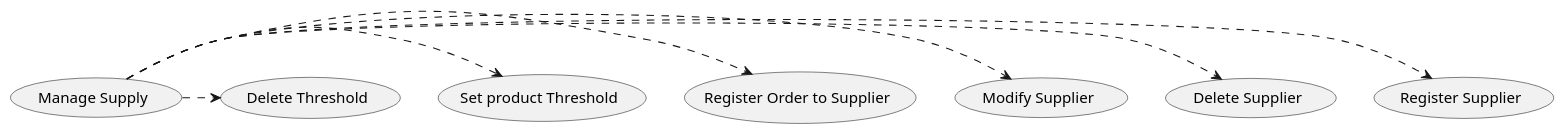
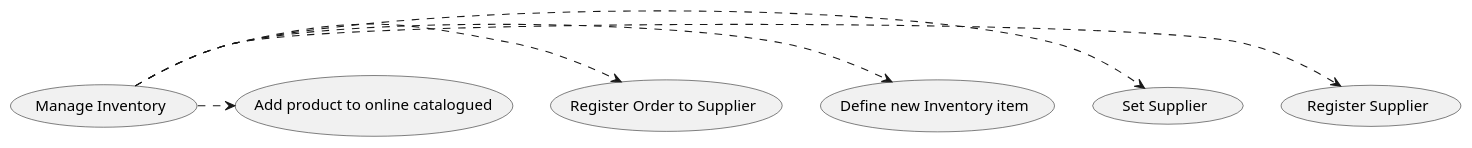
One commit to paolotron/EzshoProject31 changed the fourth of 7 diagrams in Deliverables/RequirementsDocument.md. Above: the diagram before and after it, drawn with PlantUML. The commit also changed other lines of this file, not shown here.

Commit message:
Update Use case diagram

````diff
--- a/Deliverables/RequirementsDocument.md
+++ b/Deliverables/RequirementsDocument.md
@@ -269,10 +250,9 @@
 ```plantuml
 @startuml
-(Manage Supply) .> (Register Supplier)
-(Manage Supply) .> (Delete Supplier)
-(Manage Supply) .> (Modify Supplier)
-(Manage Supply) .> (Register Order to Supplier)
-(Manage Supply) .> (Set product Threshold)
-(Manage Supply) .> (Delete Threshold)
+(Manage Inventory) .> (Register Supplier)
+(Manage Inventory) .> (Set Supplier)
+(Manage Inventory) .> (Define new Inventory item)
+(Manage Inventory) .> (Register Order to Supplier)
+(Manage Inventory) .> (Add product to online catalogued)
 @enduml
 ```
````
